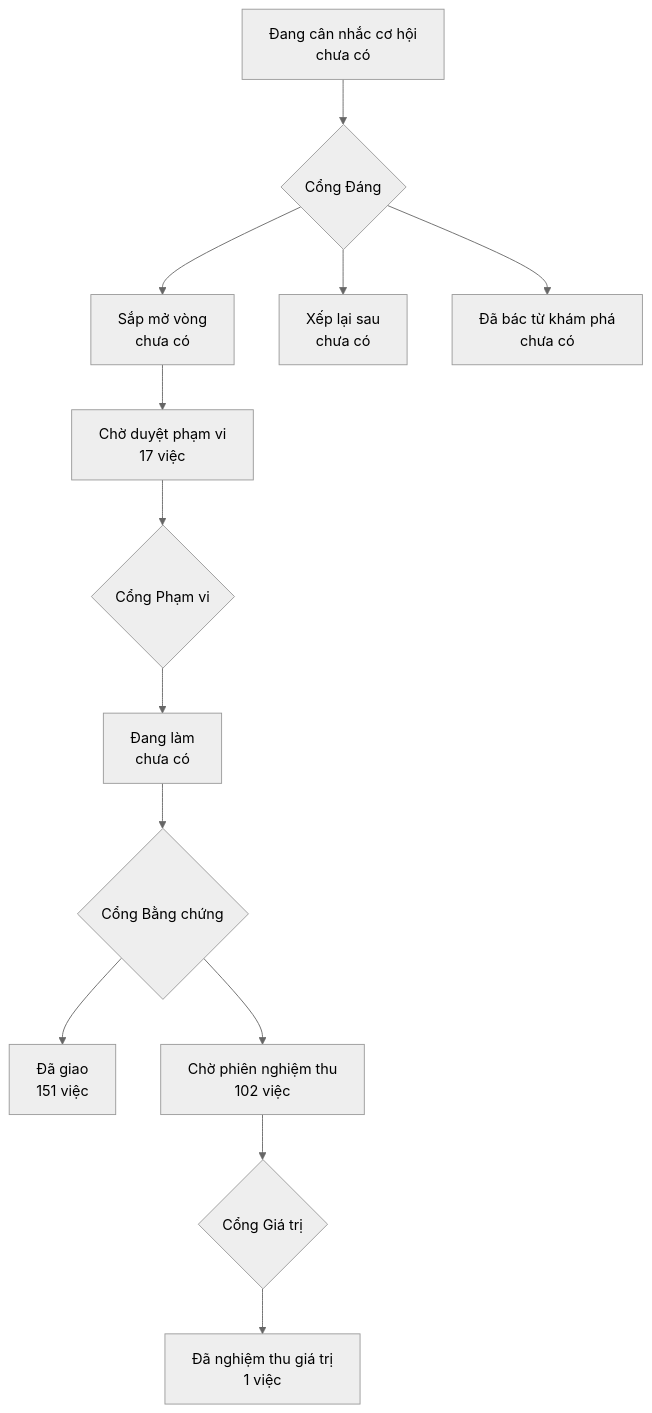
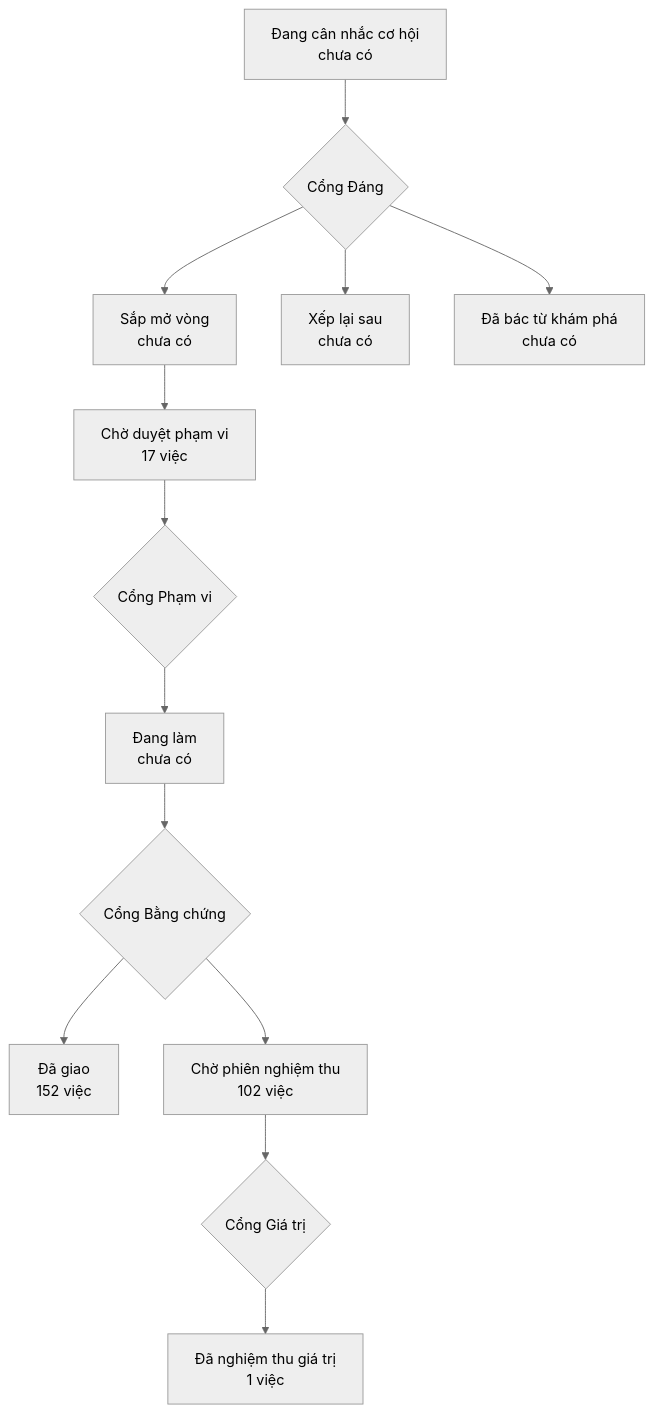
One commit to phanlemanh/onehub-invest changed the diagram in PRODUCT-MAP.md. Above: the diagram before and after it, drawn with Mermaid (neutral theme). The commit also changed other lines of this file and 1 other file, not shown here.

Commit message:
docs(product-map): sinh lại bản đồ sản phẩm và lộ trình sau khi gộp main (install-cron-chi)

````diff
--- a/PRODUCT-MAP.md
+++ b/PRODUCT-MAP.md
@@ -7,12 +7,12 @@
 ```mermaid
 flowchart TD
   A["Đang cân nhắc cơ hội<br/>chưa có"] --> GD{"Cổng Đáng"}
   GD --> B["Sắp mở vòng<br/>chưa có"]
   GD --> XL["Xếp lại sau<br/>chưa có"]
   GD --> DB["Đã bác từ khám phá<br/>chưa có"]
   B --> CD["Chờ duyệt phạm vi<br/>17 việc"] --> GP{"Cổng Phạm vi"}
   GP --> DL["Đang làm<br/>chưa có"] --> GB{"Cổng Bằng chứng"}
-  GB --> DG["Đã giao<br/>151 việc"]
+  GB --> DG["Đã giao<br/>152 việc"]
   GB --> CN["Chờ phiên nghiệm thu<br/>102 việc"] --> GG{"Cổng Giá trị"}
   GG --> NT["Đã nghiệm thu giá trị<br/>1 việc"]
 ```
````
